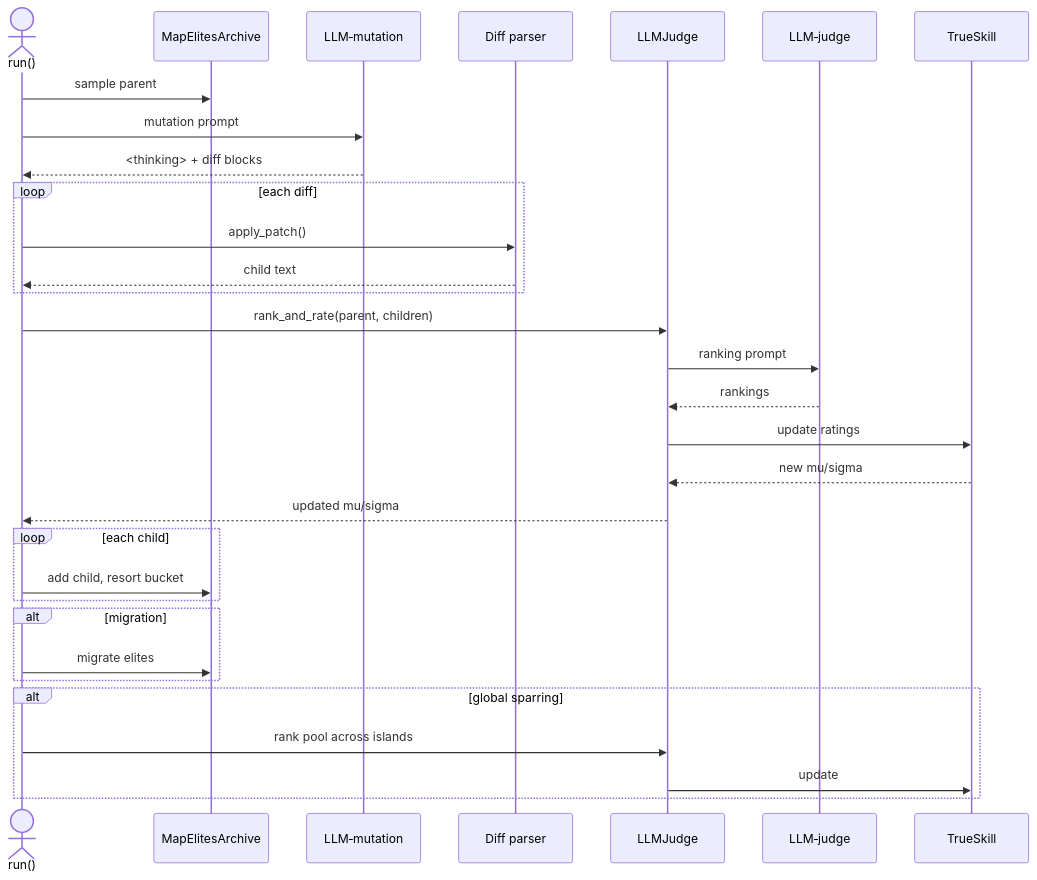
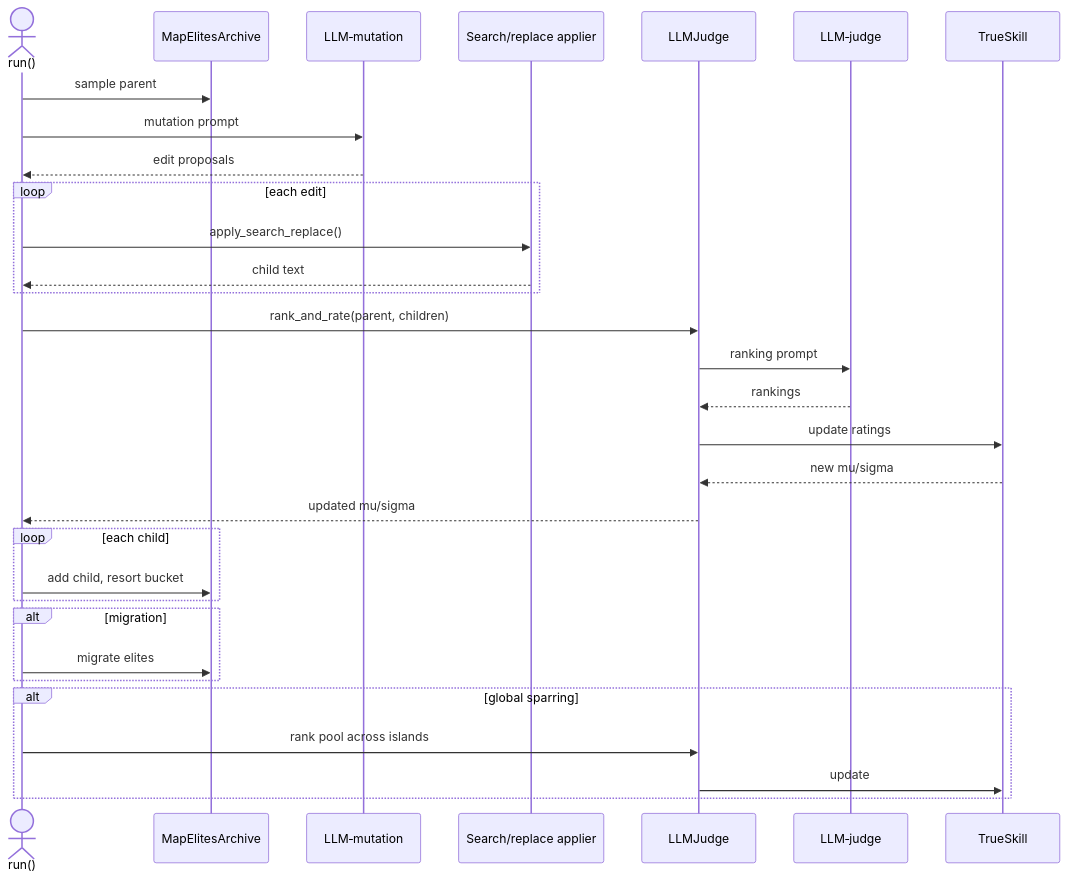
The first of 2 diagrams in README.md (caesarnine/fuzzyevolve), drawn with Mermaid before and after one commit. The commit also changed other lines of this file and 15 other files, not shown here.

````diff
--- a/README.md
+++ b/README.md
@@ -141,34 +142,34 @@
 ```mermaid
 sequenceDiagram
     actor Runner as run()
     participant Arc as MapElitesArchive
     participant MutLLM as LLM‑mutation
-    participant Patch as Diff parser
+    participant Patch as Search/replace applier
     participant Judge as LLMJudge
     participant JLLM as LLM‑judge
     participant TS as TrueSkill
 
     Runner->>Arc: sample parent
     Runner->>MutLLM: mutation prompt
-    MutLLM-->>Runner: <thinking> + diff blocks
-    loop each diff
-        Runner->>Patch: apply_patch()
+    MutLLM-->>Runner: edit proposals
+    loop each edit
+        Runner->>Patch: apply_search_replace()
         Patch-->>Runner: child text
     end
     Runner->>Judge: rank_and_rate(parent, children)
     Judge->>JLLM: ranking prompt
     JLLM-->>Judge: rankings
     Judge->>TS: update ratings
     TS-->>Judge: new mu/sigma
     Judge-->>Runner: updated mu/sigma
     loop each child
         Runner->>Arc: add child, resort bucket
     end
     alt migration
         Runner->>Arc: migrate elites
     end
     alt global sparring
         Runner->>Judge: rank pool across islands
         Judge->>TS: update
     end
 ```
````
